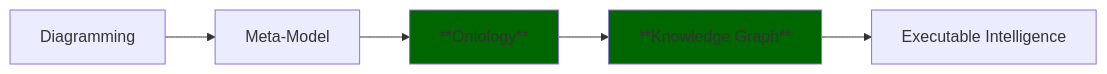
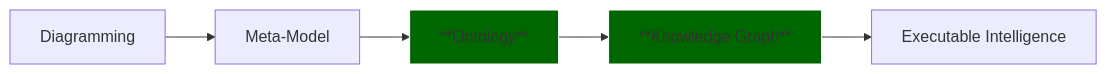
Before and after one commit to yasenstar/protege_pizza: the first of 2 diagrams in ebook/ch08.md, drawn with Mermaid.

Commit message:
update flowchart style

````diff
--- a/ebook/ch08.md
+++ b/ebook/ch08.md
@@ -47,6 +47,6 @@
 ```mermaid
 flowchart LR
 A[Diagramming]-->B[Meta-Model]-->C[**Ontology**]:::myStyle
 C-->D[**Knowledge Graph**]:::myStyle-->E[Executable Intelligence]
-classDef myStyle fill:#006600
+classDef myStyle fill:#006600,stroke:#FFFFFF
 ```
````
